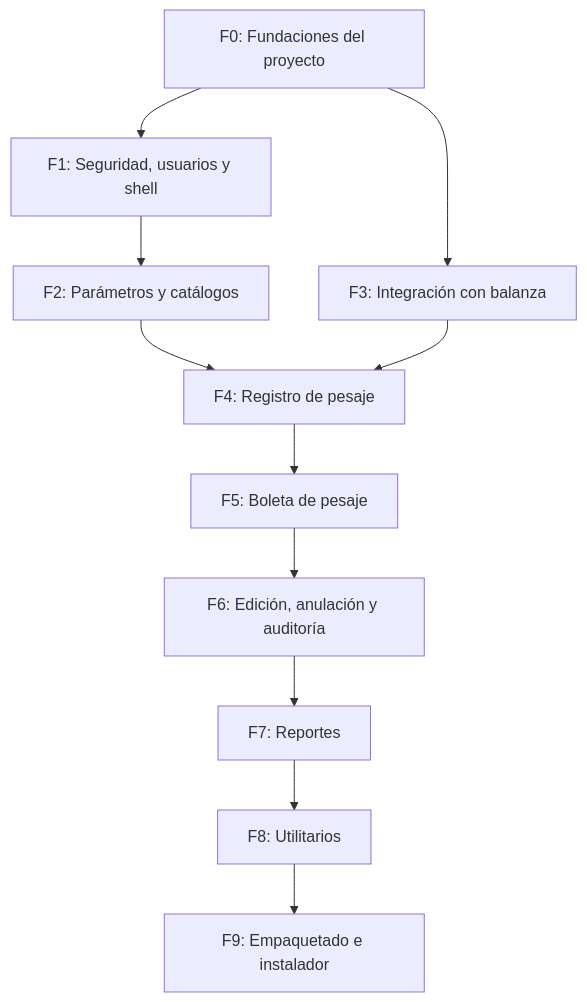
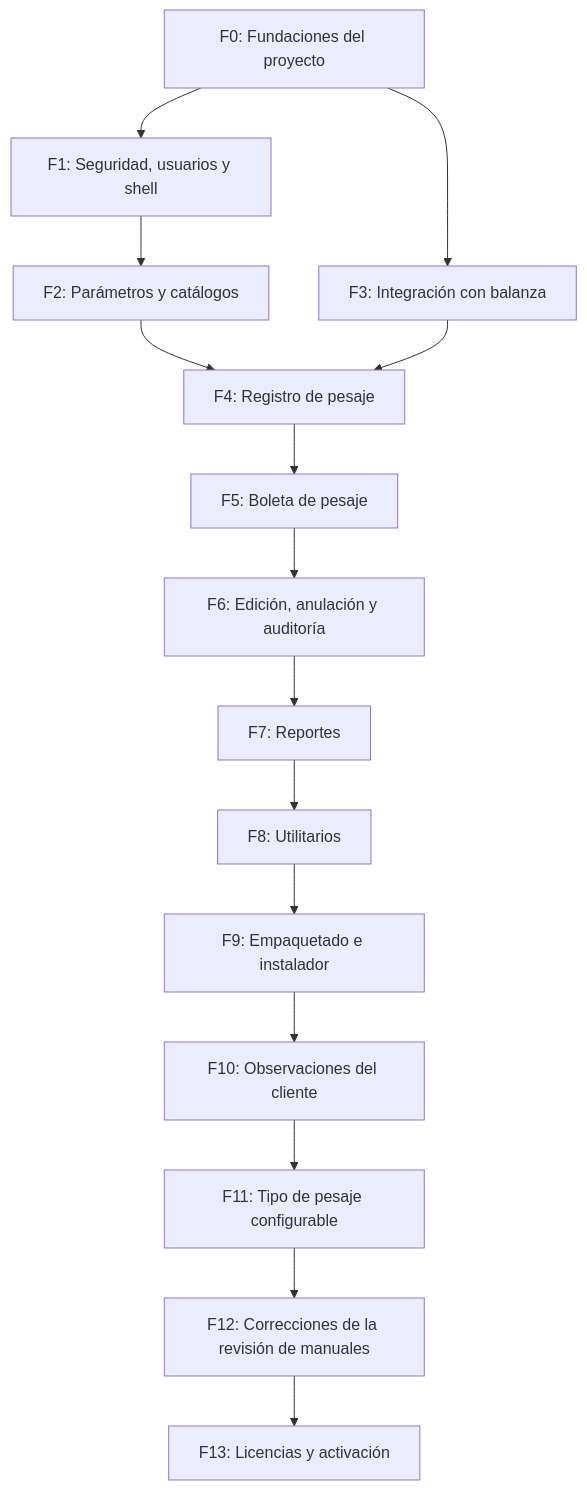
One commit to RonSanchezS/Pesalab changed the diagram in Agents.md. Above: the diagram before and after it, drawn with Mermaid. The commit also changed other lines of this file and 1079 other files, not shown here.

````diff
--- a/Agents.md
+++ b/Agents.md
@@ -11,13 +11,17 @@
 ```mermaid
 flowchart TD
     F0["F0: Fundaciones del proyecto"] --> F1["F1: Seguridad, usuarios y shell"]
     F0 --> F3["F3: Integración con balanza"]
     F1 --> F2["F2: Parámetros y catálogos"]
     F2 --> F4["F4: Registro de pesaje"]
     F3 --> F4
     F4 --> F5["F5: Boleta de pesaje"]
     F5 --> F6["F6: Edición, anulación y auditoría"]
     F6 --> F7["F7: Reportes"]
     F7 --> F8["F8: Utilitarios"]
     F8 --> F9["F9: Empaquetado e instalador"]
+    F9 --> F10["F10: Observaciones del cliente"]
+    F10 --> F11["F11: Tipo de pesaje configurable"]
+    F11 --> F12["F12: Correcciones de la revisión de manuales"]
+    F12 --> F13["F13: Licencias y activación"]
 ```
````
